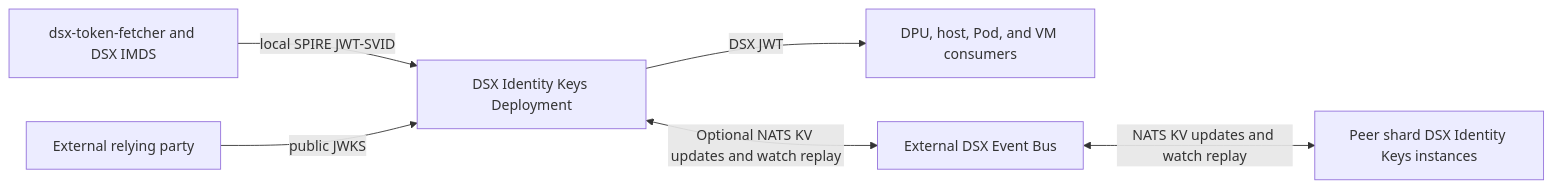
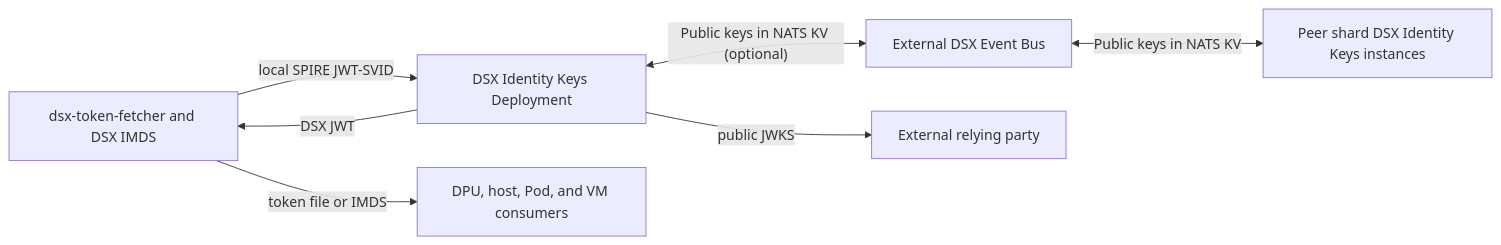
One commit to dsx-ai-factory/nvidia-workload-identity changed the fourth of 4 diagrams in README.md. Above: the diagram before and after it, drawn with Mermaid. The commit also changed other lines of this file and 6 other files, not shown here.

First line of the commit message:
fix(NO-REF): correct README identity diagrams (#24)

````diff
--- a/README.md
+++ b/README.md
@@ -362,12 +317,13 @@
 ```mermaid
 flowchart LR
   Local["dsx-token-fetcher and DSX IMDS"]
   IdentityKeys["DSX Identity Keys Deployment"]
   Consumers["DPU, host, Pod, and VM consumers"]
 
   Local -->|"local SPIRE JWT-SVID"| IdentityKeys
-  IdentityKeys -->|"DSX JWT"| Consumers
-  IdentityKeys <-->|"Optional NATS KV updates and watch replay"| Bus["External DSX Event Bus"]
-  Bus <-->|"NATS KV updates and watch replay"| Peers["Peer shard DSX Identity Keys instances"]
-  RelyingParty["External relying party"] -->|"public JWKS"| IdentityKeys
+  IdentityKeys -->|"DSX JWT"| Local
+  Local -->|"token file or IMDS"| Consumers
+  IdentityKeys <-->|"Public keys in NATS KV (optional)"| Bus["External DSX Event Bus"]
+  Bus <-->|"Public keys in NATS KV"| Peers["Peer shard DSX Identity Keys instances"]
+  IdentityKeys -->|"public JWKS"| RelyingParty["External relying party"]
 ```
````
